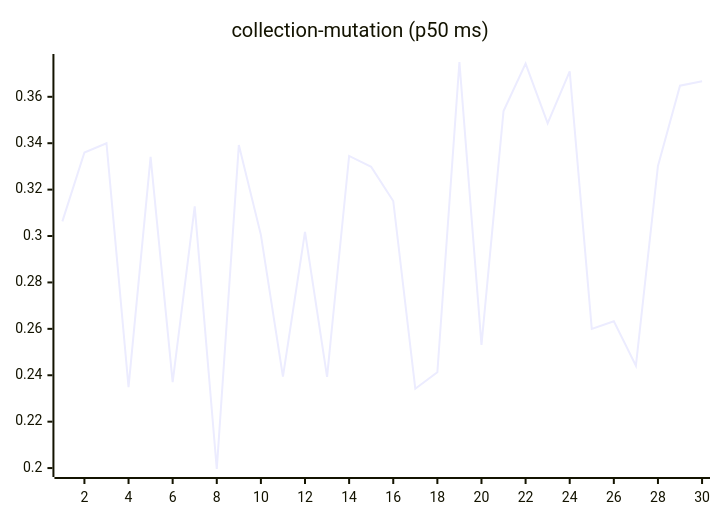
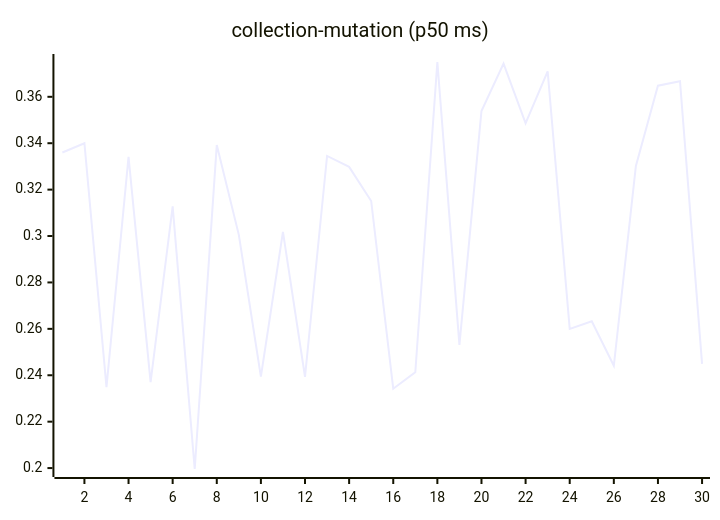
Before and after one commit to josha/Facet: the sixth of 27 diagrams in README.md, drawn with Mermaid. The commit also changed other lines of this file and 2 other files, not shown here.

````diff
--- a/README.md
+++ b/README.md
@@ -98,6 +98,6 @@
 ```mermaid
 xychart-beta
     title "collection-mutation (p50 ms)"
     x-axis 1 --> 30
-    line [0.3063, 0.3360, 0.3400, 0.2349, 0.3341, 0.2370, 0.3128, 0.1996, 0.3392, 0.3005, 0.2394, 0.3018, 0.2393, 0.3345, 0.3298, 0.3151, 0.2342, 0.2413, 0.3750, 0.2531, 0.3539, 0.3743, 0.3486, 0.3710, 0.2600, 0.2633, 0.2441, 0.3302, 0.3648, 0.3667]
+    line [0.3360, 0.3400, 0.2349, 0.3341, 0.2370, 0.3128, 0.1996, 0.3392, 0.3005, 0.2394, 0.3018, 0.2393, 0.3345, 0.3298, 0.3151, 0.2342, 0.2413, 0.3750, 0.2531, 0.3539, 0.3743, 0.3486, 0.3710, 0.2600, 0.2633, 0.2441, 0.3302, 0.3648, 0.3667, 0.2449]
 ```
````
